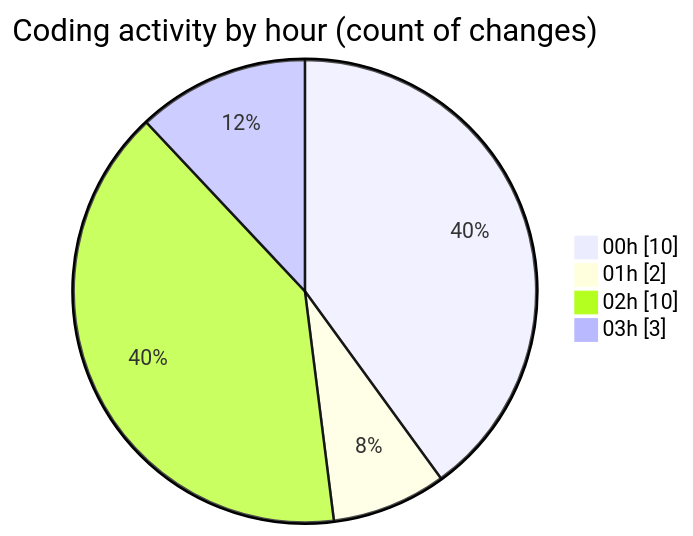
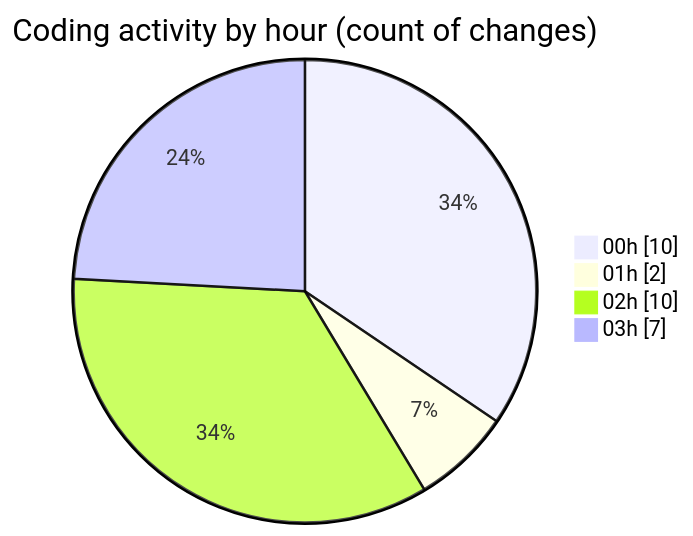
One commit to julien-gomy/code-tracking changed the second of 2 diagrams in 2025-10-30/cdp_aleoudev_fr__workspace_/README.md. Above: the diagram before and after it, drawn with Mermaid. The commit also changed other lines of this file and 1 other file, not shown here.

````diff
--- a/2025-10-30/cdp_aleoudev_fr__workspace_/README.md
+++ b/2025-10-30/cdp_aleoudev_fr__workspace_/README.md
@@ -32,8 +35,8 @@
 ```mermaid
 pie showData
 title Coding activity by hour (count of changes)
 "00h" : 10
 "01h" : 2
 "02h" : 10
-"03h" : 3
+"03h" : 7
 ```
````
